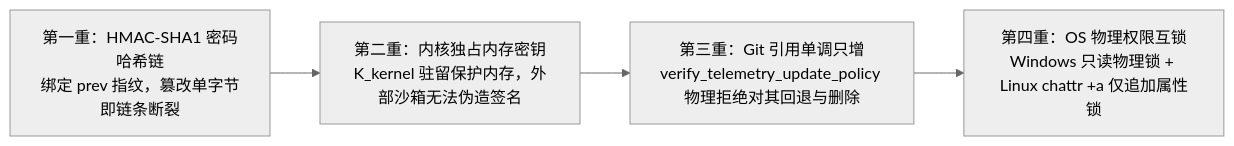
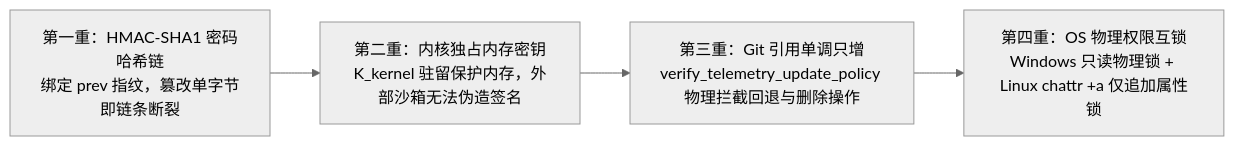
One commit to guilingzhouyi-creator/vscode-extensions changed the second of 2 diagrams in fractal-git/docs/09-test-cache-and-telemetry-audit-spec.md. Above: the diagram before and after it, drawn with Mermaid (neutral theme). The commit also changed other lines of this file and 10 other files, not shown here.

````diff
--- a/fractal-git/docs/09-test-cache-and-telemetry-audit-spec.md
+++ b/fractal-git/docs/09-test-cache-and-telemetry-audit-spec.md
@@ -127,9 +127,9 @@
 ```mermaid
 flowchart LR
     L1["第一重：HMAC-SHA1 密码哈希链<br/>绑定 prev 指纹，篡改单字节即链条断裂"]
     L2["第二重：内核独占内存密钥<br/>K_kernel 驻留保护内存，外部沙箱无法伪造签名"]
-    L3["第三重：Git 引用单调只增<br/>verify_telemetry_update_policy 物理拒绝对其回退与删除"]
+    L3["第三重：Git 引用单调只增<br/>verify_telemetry_update_policy 物理拦截回退与删除操作"]
     L4["第四重：OS 物理权限互锁<br/>Windows 只读物理锁 + Linux chattr +a 仅追加属性锁"]
 
     L1 --> L2 --> L3 --> L4
 ```
````
